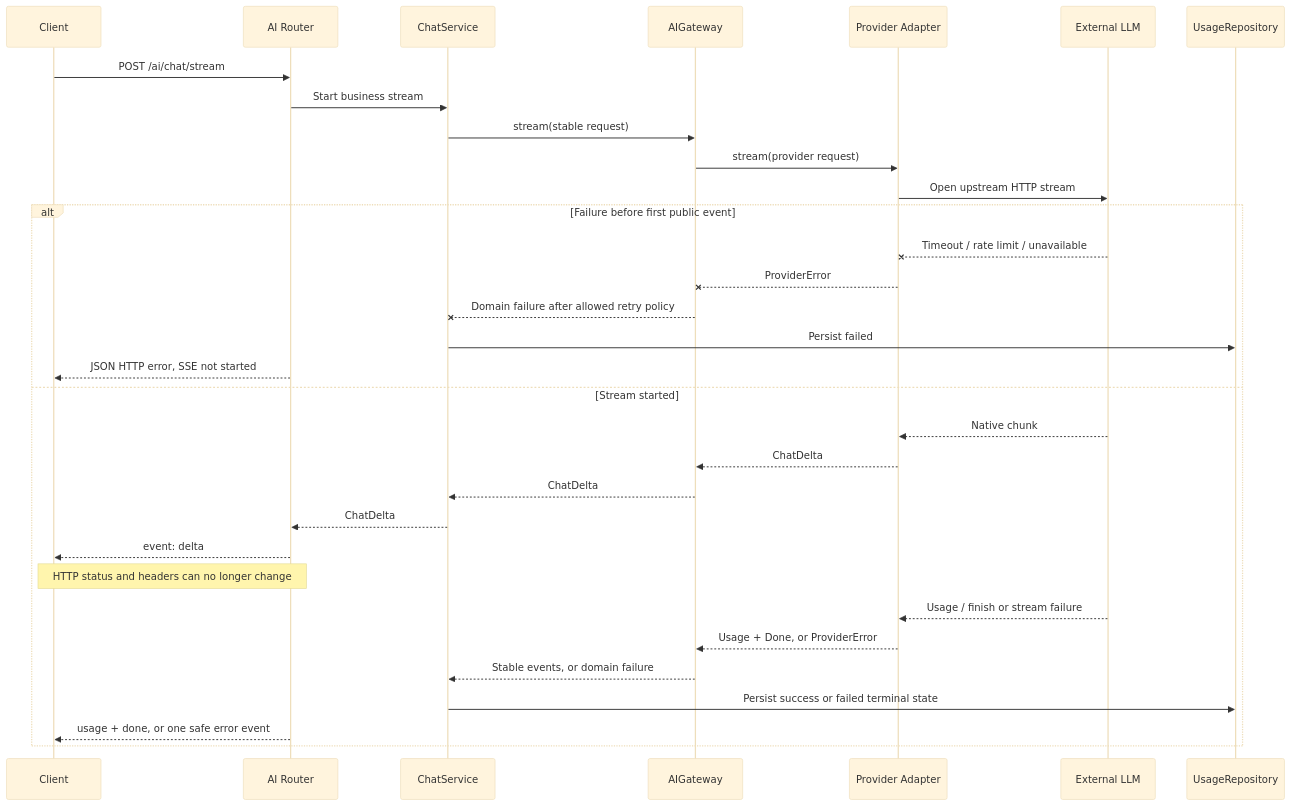
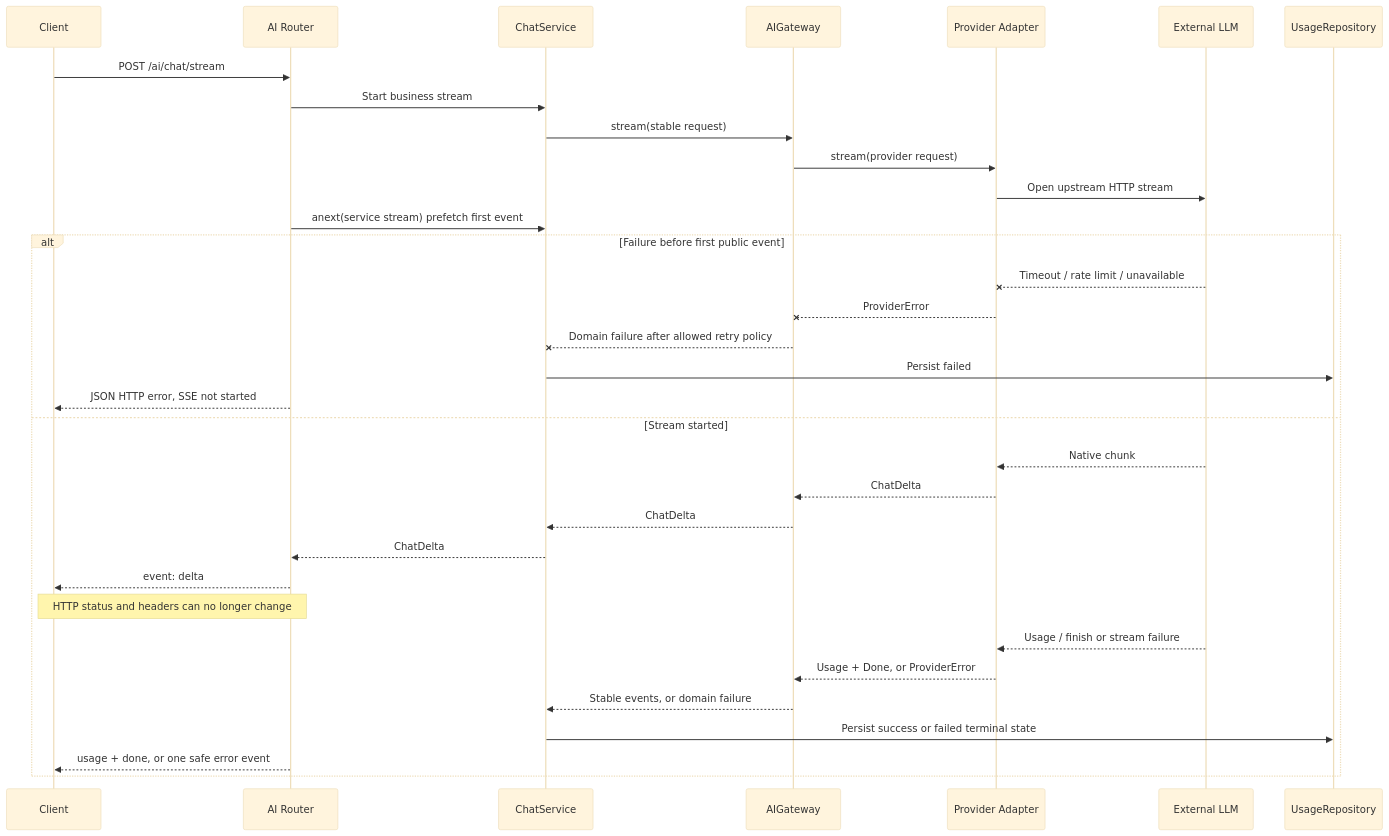
Before and after one commit to zhangguideServiceAPI/AI-Knowledge-Hub: the second of 4 diagrams in docs/architecture/ai-gateway-flow.md, drawn with Mermaid (base theme). The commit also changed other lines of this file and 20 other files, not shown here.

````diff
--- a/docs/architecture/ai-gateway-flow.md
+++ b/docs/architecture/ai-gateway-flow.md
@@ -51,36 +51,37 @@
 ```mermaid
 sequenceDiagram
     participant C as Client
     participant R as AI Router
     participant S as ChatService
     participant G as AIGateway
     participant A as Provider Adapter
     participant L as External LLM
     participant U as UsageRepository
 
     C->>R: POST /ai/chat/stream
     R->>S: Start business stream
     S->>G: stream(stable request)
     G->>A: stream(provider request)
     A->>L: Open upstream HTTP stream
+    R->>S: anext(service stream) prefetch first event
 
     alt Failure before first public event
         L--xA: Timeout / rate limit / unavailable
         A--xG: ProviderError
         G--xS: Domain failure after allowed retry policy
         S->>U: Persist failed
         R-->>C: JSON HTTP error, SSE not started
     else Stream started
         L-->>A: Native chunk
         A-->>G: ChatDelta
         G-->>S: ChatDelta
         S-->>R: ChatDelta
         R-->>C: event: delta
         Note over R,C: HTTP status and headers can no longer change
         L-->>A: Usage / finish or stream failure
         A-->>G: Usage + Done, or ProviderError
         G-->>S: Stable events, or domain failure
         S->>U: Persist success or failed terminal state
         R-->>C: usage + done, or one safe error event
     end
 ```
````
